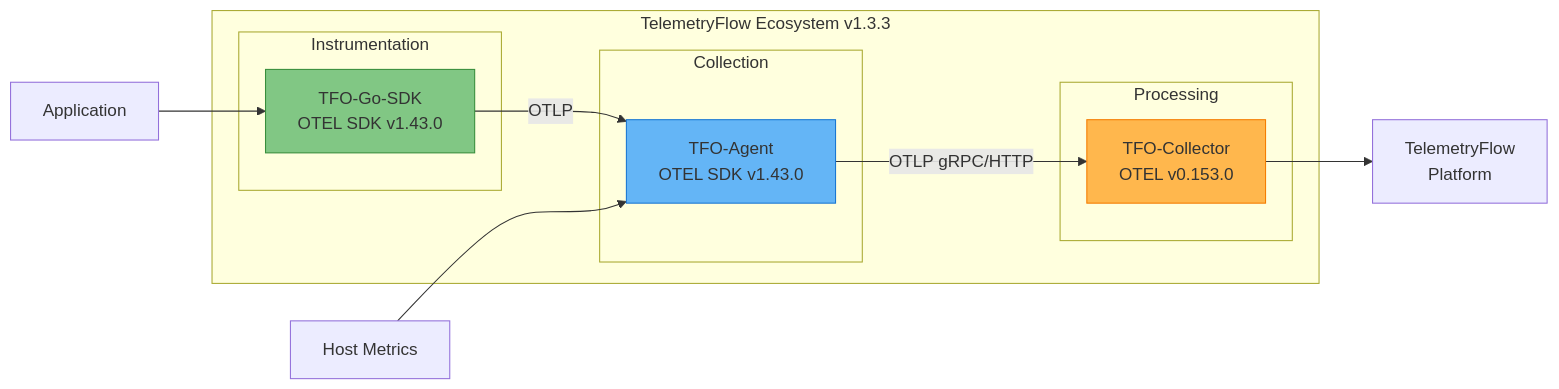
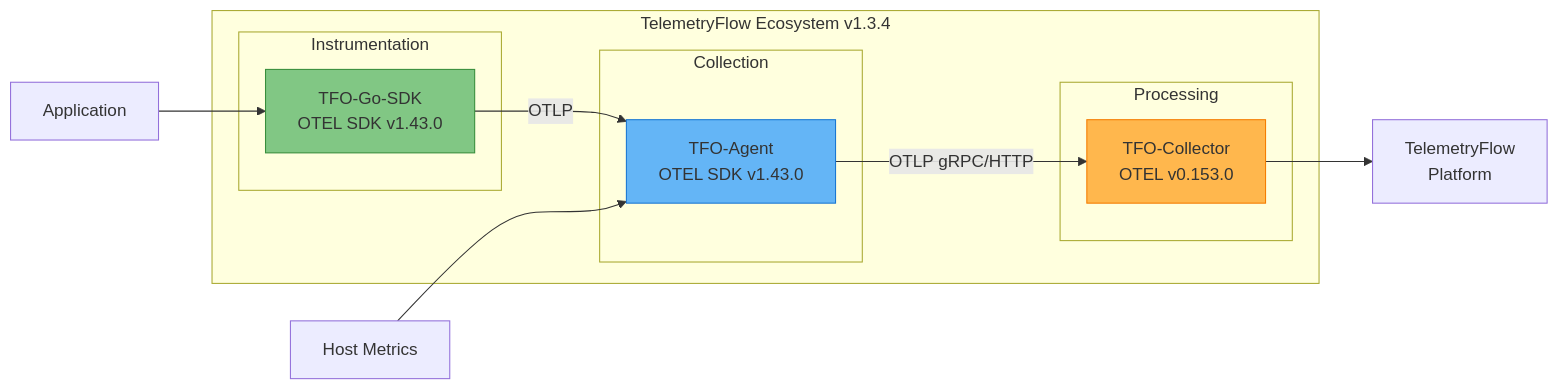
One commit to telemetryflow/telemetryflow-agent changed the first of 3 diagrams in docs/README.md. Above: the diagram before and after it, drawn with Mermaid. The commit also changed 26 other files, not shown here.

First line of the commit message:
chore(release): bump version to 1.3.4 across code, docs, badges, and Helm chart

````diff
--- a/docs/README.md
+++ b/docs/README.md
@@ -29,26 +29,26 @@
 ```mermaid
 graph LR
-    subgraph "TelemetryFlow Ecosystem v1.3.3"
+    subgraph "TelemetryFlow Ecosystem v1.3.4"
         subgraph "Instrumentation"
             SDK[TFO-Go-SDK<br/>OTEL SDK v1.43.0]
         end
 
         subgraph "Collection"
             AGENT[TFO-Agent<br/>OTEL SDK v1.43.0]
         end
 
         subgraph "Processing"
             COLLECTOR[TFO-Collector<br/>OTEL v0.153.0]
         end
     end
 
     APP[Application] --> SDK
     SDK -->|OTLP| AGENT
     HOST[Host Metrics] --> AGENT
     AGENT -->|OTLP gRPC/HTTP| COLLECTOR
     COLLECTOR --> BACKEND[TelemetryFlow<br/>Platform]
 
     style SDK fill:#81C784,stroke:#388E3C
     style AGENT fill:#64B5F6,stroke:#1976D2
     style COLLECTOR fill:#FFB74D,stroke:#F57C00
 ```
````
